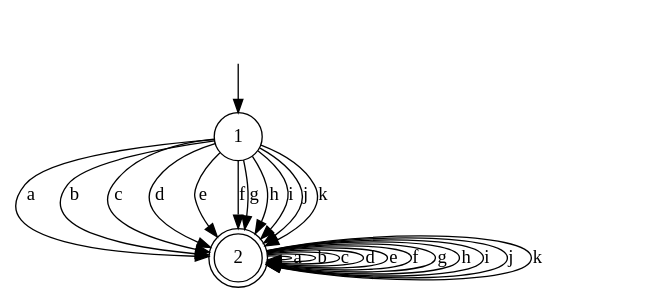
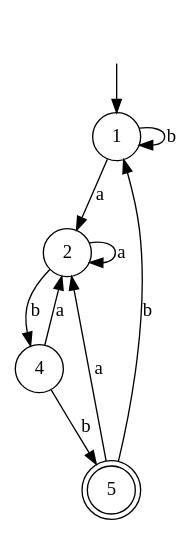
Before and after one commit to ihewro/qt-lexical-analyzer: the diagram in dots/mindfa.dot, drawn with Graphviz. The commit also changed 7 other files, not shown here.

```diff
--- a/dots/mindfa.dot
+++ b/dots/mindfa.dot
@@ -1,29 +1,17 @@
 digraph G{
     ""[shape=none]
     "1"[shape=circle]
-    "2"[shape=doublecircle]
+    "2"[shape=circle]
+    "4"[shape=circle]
+    "5"[shape=doublecircle]
 
     ""->"1"
+    "1" -> "1"[label="b"]
     "1" -> "2"[label="a"]
-    "1" -> "2"[label="b"]
-    "1" -> "2"[label="c"]
-    "1" -> "2"[label="d"]
-    "1" -> "2"[label="e"]
-    "1" -> "2"[label="f"]
-    "1" -> "2"[label="g"]
-    "1" -> "2"[label="h"]
-    "1" -> "2"[label="i"]
-    "1" -> "2"[label="j"]
-    "1" -> "2"[label="k"]
     "2" -> "2"[label="a"]
-    "2" -> "2"[label="b"]
-    "2" -> "2"[label="c"]
-    "2" -> "2"[label="d"]
-    "2" -> "2"[label="e"]
-    "2" -> "2"[label="f"]
-    "2" -> "2"[label="g"]
-    "2" -> "2"[label="h"]
-    "2" -> "2"[label="i"]
-    "2" -> "2"[label="j"]
-    "2" -> "2"[label="k"]
+    "2" -> "4"[label="b"]
+    "4" -> "2"[label="a"]
+    "4" -> "5"[label="b"]
+    "5" -> "1"[label="b"]
+    "5" -> "2"[label="a"]
 }
```
